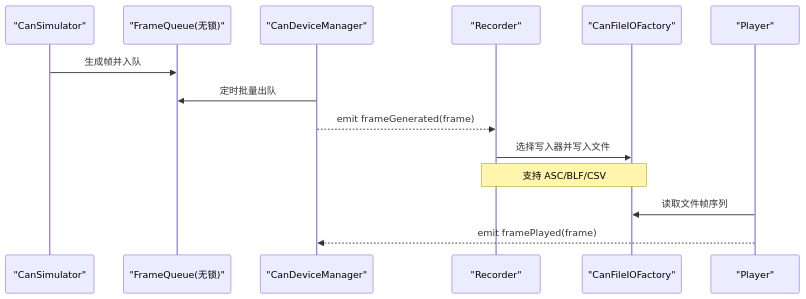
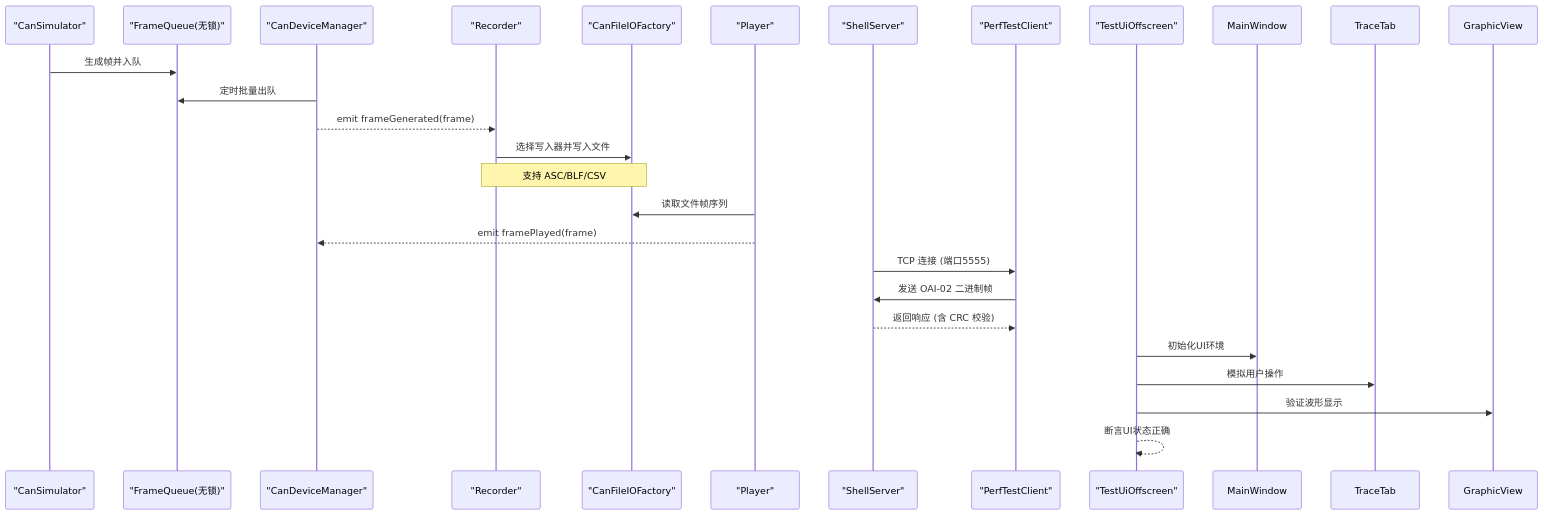
Before and after one commit to jakecai1225-design/OpenBus: the second of 12 diagrams in .qoder/repowiki/zh/content/开发指南/自动化测试框架.md, drawn with Mermaid. The commit also changed other lines of this file and 58 other files, not shown here.

````diff
--- a/.qoder/repowiki/zh/content/开发指南/自动化测试框架.md
+++ b/.qoder/repowiki/zh/content/开发指南/自动化测试框架.md
@@ -95,16 +138,26 @@
 ```mermaid
 sequenceDiagram
 participant Sim as "CanSimulator"
 participant Q as "FrameQueue(无锁)"
 participant DM as "CanDeviceManager"
 participant Rec as "Recorder"
 participant IO as "CanFileIOFactory"
 participant Pl as "Player"
+participant Shell as "ShellServer"
+participant Perf as "PerfTestClient"
+participant UITest as "TestUiOffscreen"
 Sim->>Q : 生成帧并入队
 DM->>Q : 定时批量出队
 DM-->>Rec : emit frameGenerated(frame)
 Rec->>IO : 选择写入器并写入文件
 Note over Rec,IO : 支持 ASC/BLF/CSV
 Pl->>IO : 读取文件帧序列
 Pl-->>DM : emit framePlayed(frame)
+Shell->>Perf : TCP 连接 (端口5555)
+Perf->>Shell : 发送 OAI-02 二进制帧
+Shell-->>Perf : 返回响应 (含 CRC 校验)
+UITest->>MainWindow : 初始化UI环境
+UITest->>TraceTab : 模拟用户操作
+UITest->>GraphicView : 验证波形显示
+UITest-->>UITest : 断言UI状态正确
 ```
````
